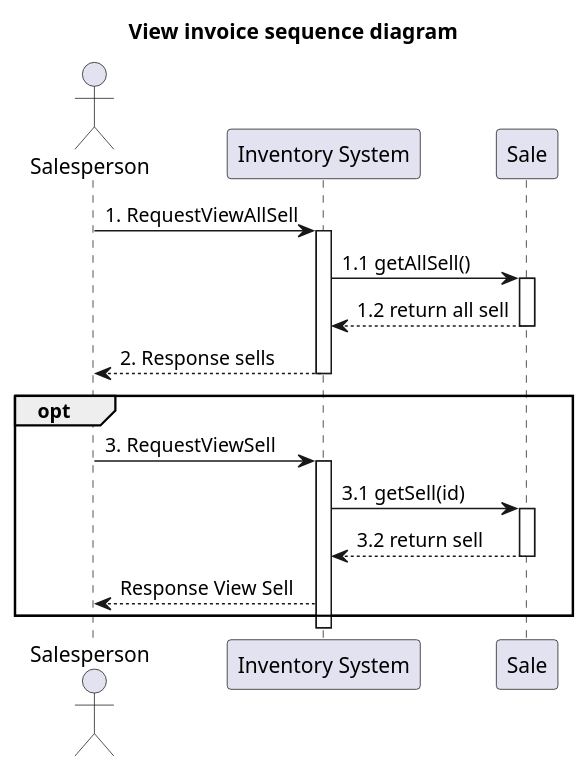
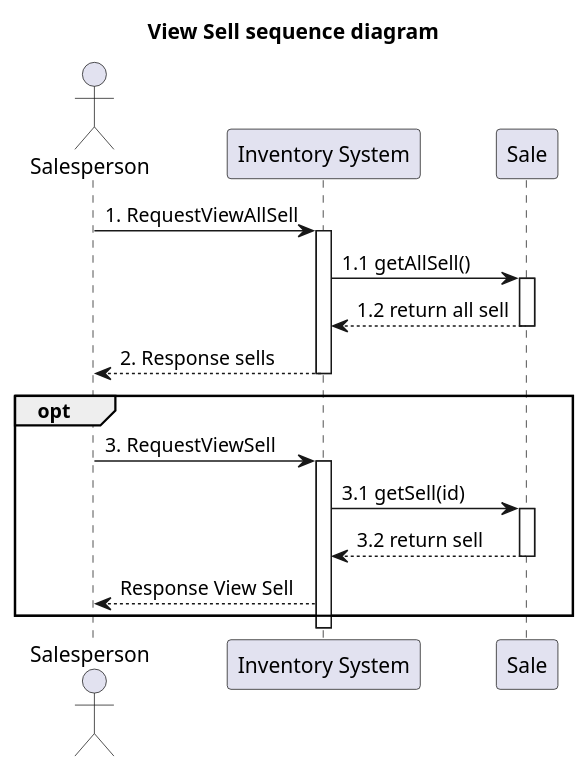
The diagram in system-analysis/sequence/_6_1_sequence-view-sell.puml (billowdev/inventory-system-plantuml-sequelize-seeder-example), drawn with PlantUML before and after one commit.

```diff
--- a/system-analysis/sequence/_6_1_sequence-view-sell.puml
+++ b/system-analysis/sequence/_6_1_sequence-view-sell.puml
@@ -1,41 +1,41 @@
 @startuml
 'example
-title View invoice sequence diagram
+title View Sell sequence diagram
 
 actor Salesperson as actorSalesperson
 participant "Inventory System" as InventorySystem
 'participant "Inventory" as classInventory
 participant "Sale" as classSell
 
 actorSalesperson -> InventorySystem: 1. RequestViewAllSell
 activate InventorySystem
 
 InventorySystem -> classSell: 1.1 getAllSell()
 activate classSell
 
 classSell --> InventorySystem: 1.2 return all sell
 deactivate classSell
 
 InventorySystem --> actorSalesperson : 2. Response sells
 
 deactivate InventorySystem
 
 
 opt
 actorSalesperson -> InventorySystem: 3. RequestViewSell
 activate InventorySystem
 
 InventorySystem -> classSell: 3.1 getSell(id)
 activate classSell
 
 classSell --> InventorySystem: 3.2 return sell
 deactivate classSell
 
 InventorySystem -->  actorSalesperson : Response View Sell
 
 end
 
 
 
 
 @enduml
```
